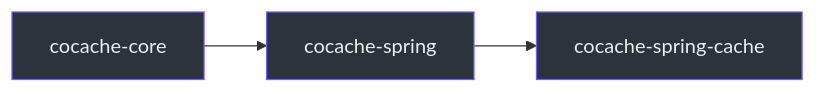
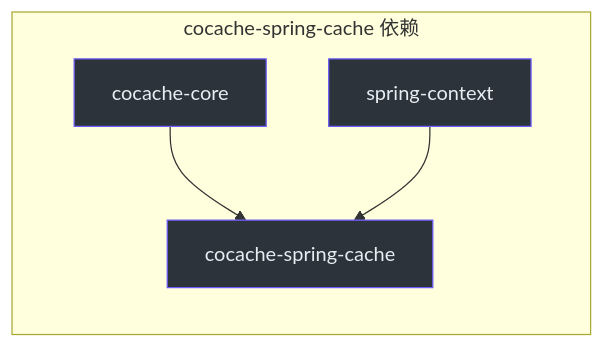
One commit to Ahoo-Wang/CoCache changed the first of 6 diagrams in wiki/zh/modules/cocache-spring-cache.md. Above: the diagram before and after it, drawn with Mermaid. The commit also changed other lines of this file and 25 other files, not shown here.

````diff
--- a/wiki/zh/modules/cocache-spring-cache.md
+++ b/wiki/zh/modules/cocache-spring-cache.md
@@ -12,9 +12,18 @@
 ```mermaid
 graph LR
-    Core["cocache-core"] --> Spring["cocache-spring"]
-    Spring --> SpringCache["cocache-spring-cache"]
+    subgraph sg_44 ["cocache-spring-cache 依赖"]
 
-    style Core fill:#2d333b,stroke:#6d5dfc,color:#e6edf3
-    style Spring fill:#2d333b,stroke:#6d5dfc,color:#e6edf3
-    style SpringCache fill:#2d333b,stroke:#6d5dfc,color:#e6edf3
+        core["cocache-core"]
+        style core fill:#2d333b,stroke:#6d5dfc,color:#e6edf3
+
+        spring_cache["cocache-spring-cache"]
+        style spring_cache fill:#2d333b,stroke:#6d5dfc,color:#e6edf3
+
+        spring_ctx["spring-context"]
+        style spring_ctx fill:#2d333b,stroke:#6d5dfc,color:#e6edf3
+
+        core --> spring_cache
+        spring_ctx --> spring_cache
+    end
+
 ```
````
